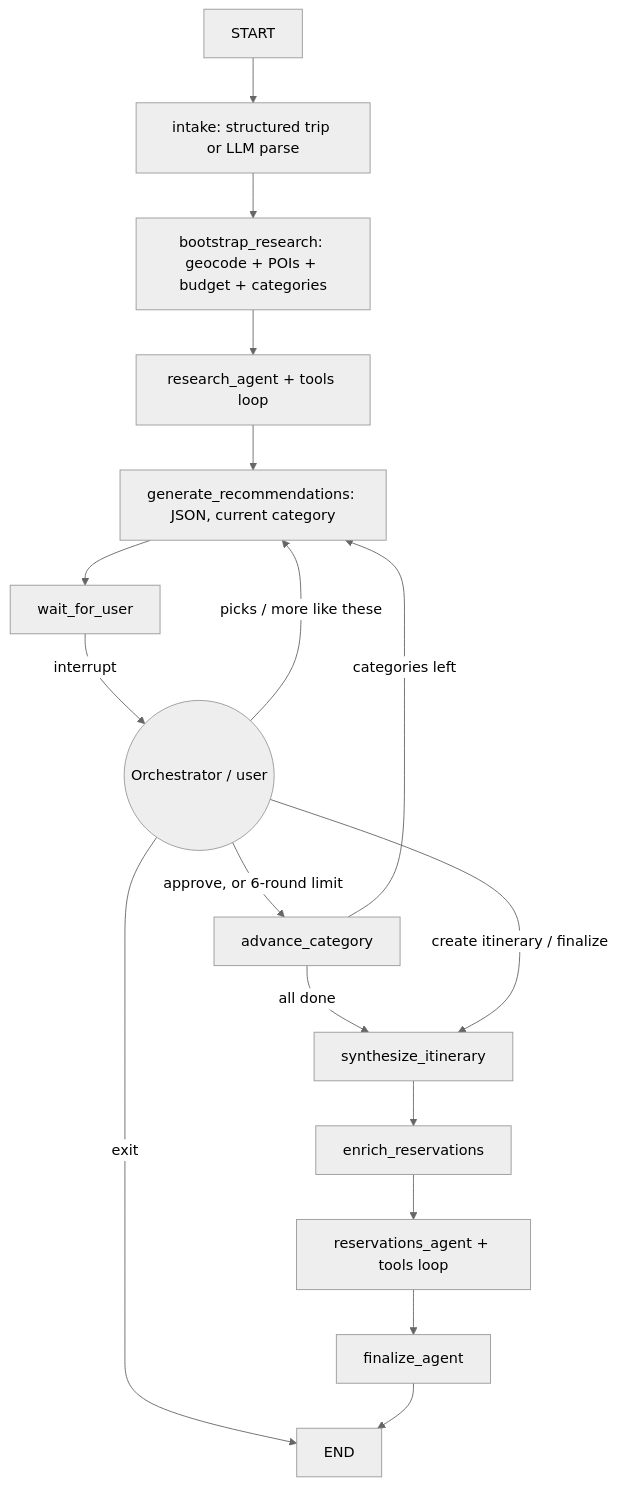
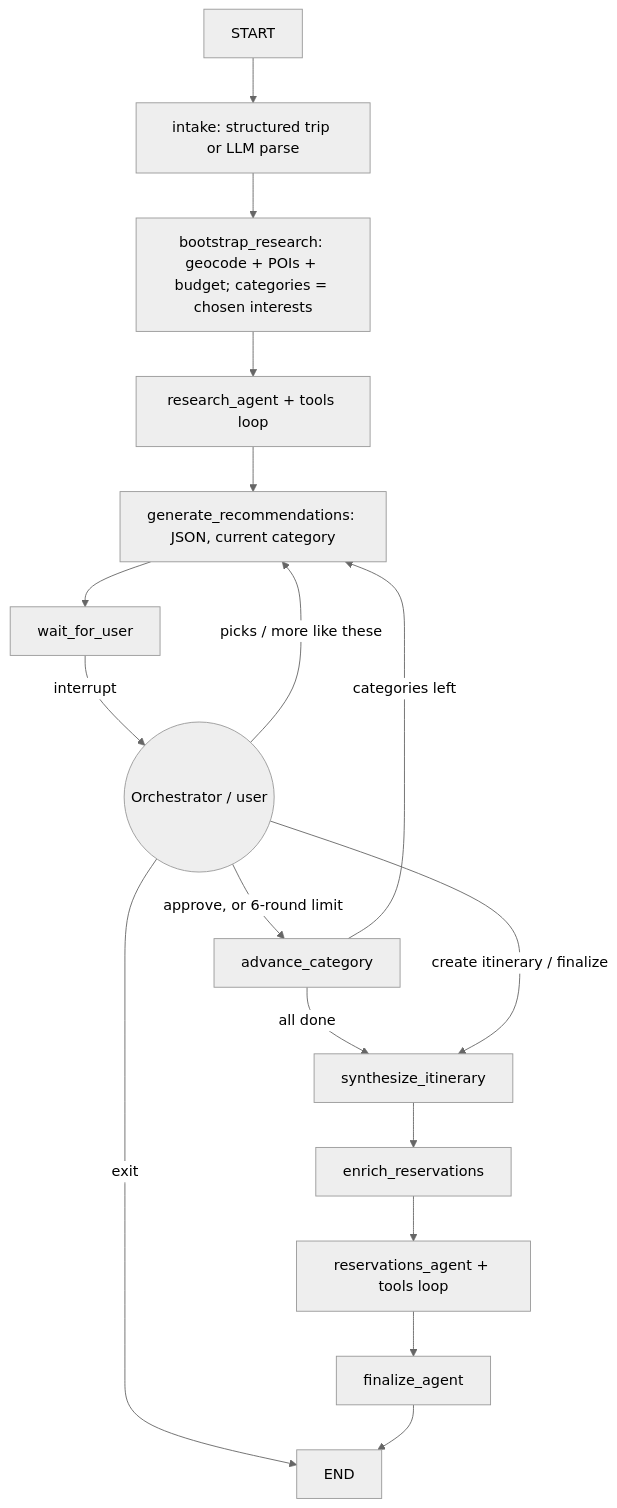
Before and after one commit to hadar-grimberg/travel-agent: the diagram in README.md, drawn with Mermaid (neutral theme). The commit also changed other lines of this file and 5 other files, not shown here.

````diff
--- a/README.md
+++ b/README.md
@@ -227,19 +242,19 @@
 ```mermaid
 flowchart TD
     START --> intake[intake: structured trip or LLM parse]
-    intake --> bootstrap[bootstrap_research: geocode + POIs + budget + categories]
+    intake --> bootstrap[bootstrap_research: geocode + POIs + budget; categories = chosen interests]
     bootstrap --> research[research_agent + tools loop]
     research --> recommend[generate_recommendations: JSON, current category]
     recommend --> wait[wait_for_user]
     wait -->|interrupt| user((Orchestrator / user))
     user -->|picks / more like these| recommend
     user -->|approve, or 6-round limit| advance[advance_category]
     advance -->|categories left| recommend
     advance -->|all done| synthesize[synthesize_itinerary]
     user -->|create itinerary / finalize| synthesize
     user -->|exit| END
     synthesize --> enrich[enrich_reservations]
     enrich --> reservations[reservations_agent + tools loop]
     reservations --> finalize[finalize_agent]
     finalize --> END
 ```
````
